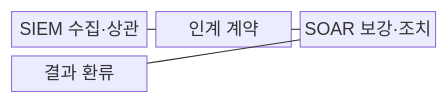
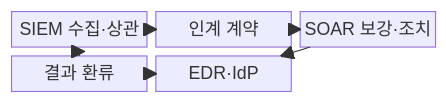
One commit to agnusdei1207/knowledge-base changed the first of 2 diagrams in src/content/docs/notes/05-security/037_siem_vs_soar.md. Above: the diagram before and after it, drawn with Mermaid. The commit also changed other lines of this file and 20 other files, not shown here.

````diff
--- a/src/content/docs/notes/05-security/037_siem_vs_soar.md
+++ b/src/content/docs/notes/05-security/037_siem_vs_soar.md
@@ -50,11 +50,14 @@
 ```mermaid
-block-beta
+block
   columns 3
   A["SIEM 수집·상관"]
   B["인계 계약"]
   C["SOAR 보강·조치"]
   D["결과 환류"]
-    A --- B
-    B --- C
-    C --- D
+  E["EDR·IdP"]
+    A --> B
+    B --> C
+    C --> E
+    E --> D
+    D --> A
 ```
````
